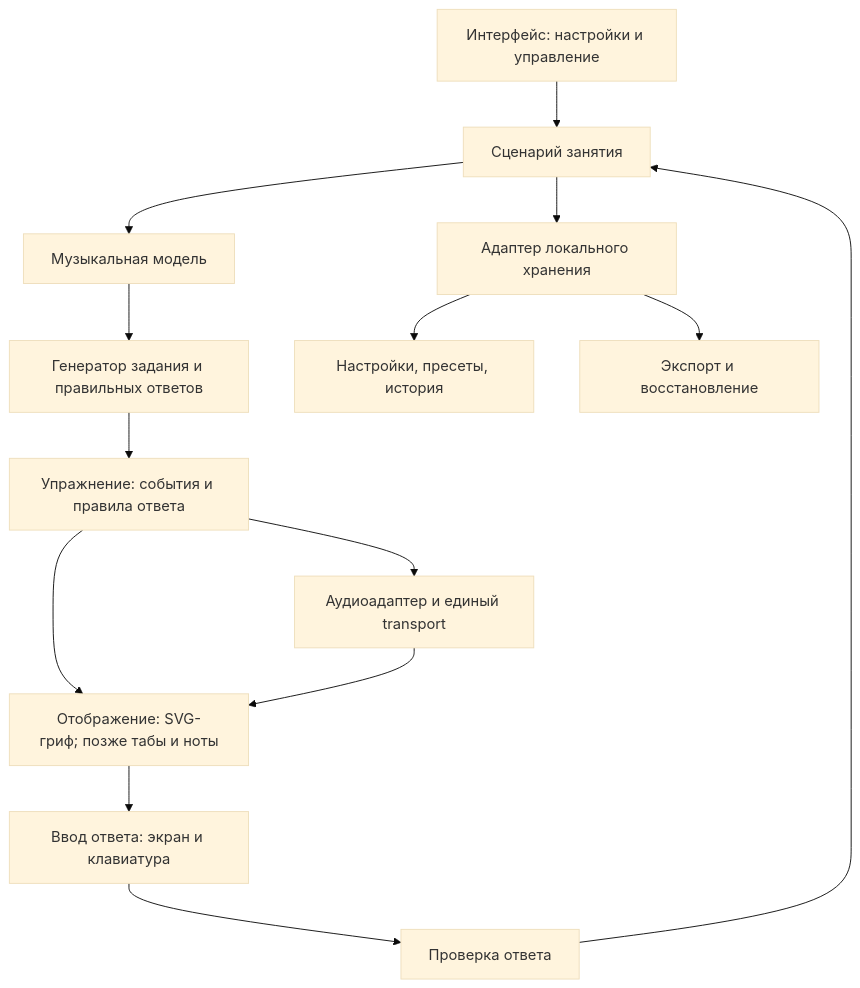
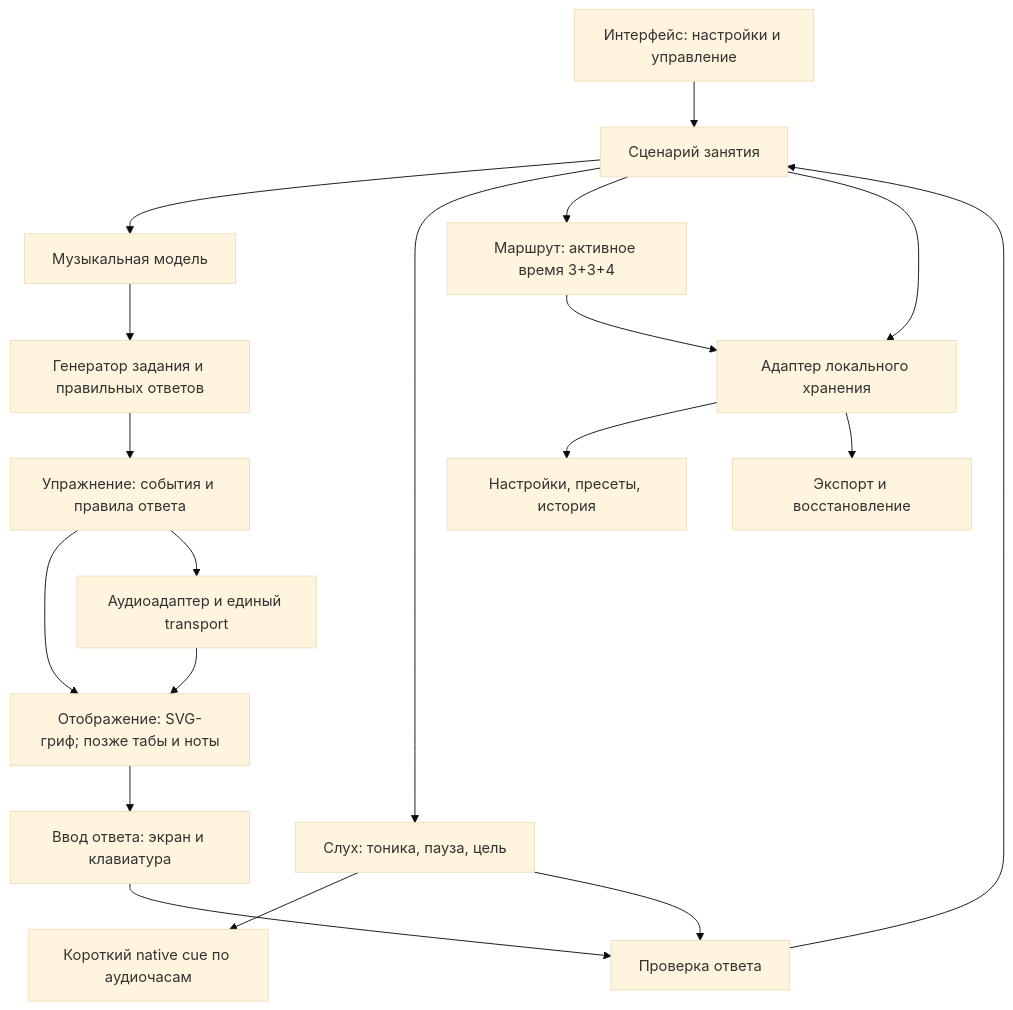
Before and after one commit to fin4cast/bass_study: the diagram in docs/ARCHITECTURE.md, drawn with Mermaid (base theme). The commit also changed other lines of this file and 13 other files, not shown here.

Commit message:
docs: record verified ear and route release

````diff
--- a/docs/ARCHITECTURE.md
+++ b/docs/ARCHITECTURE.md
@@ -23,16 +25,21 @@
 ```mermaid
 flowchart TD
     UI["Интерфейс: настройки и управление"] --> Session["Сценарий занятия"]
     Session --> Domain["Музыкальная модель"]
     Domain --> Generator["Генератор задания и правильных ответов"]
     Generator --> Exercise["Упражнение: события и правила ответа"]
     Exercise --> View["Отображение: SVG-гриф; позже табы и ноты"]
     Exercise --> Audio["Аудиоадаптер и единый transport"]
+    Session --> Ear["Слух: тоника, пауза, цель"]
+    Ear --> Cue["Короткий native cue по аудиочасам"]
+    Ear --> Evaluator
+    Session --> Route["Маршрут: активное время 3+3+4"]
     Audio --> View
     View --> Answer["Ввод ответа: экран и клавиатура"]
     Answer --> Evaluator["Проверка ответа"]
     Evaluator --> Session
+    Route --> Storage
     Session --> Storage["Адаптер локального хранения"]
     Storage --> History["Настройки, пресеты, история"]
     Storage --> Backup["Экспорт и восстановление"]
 ```
````
